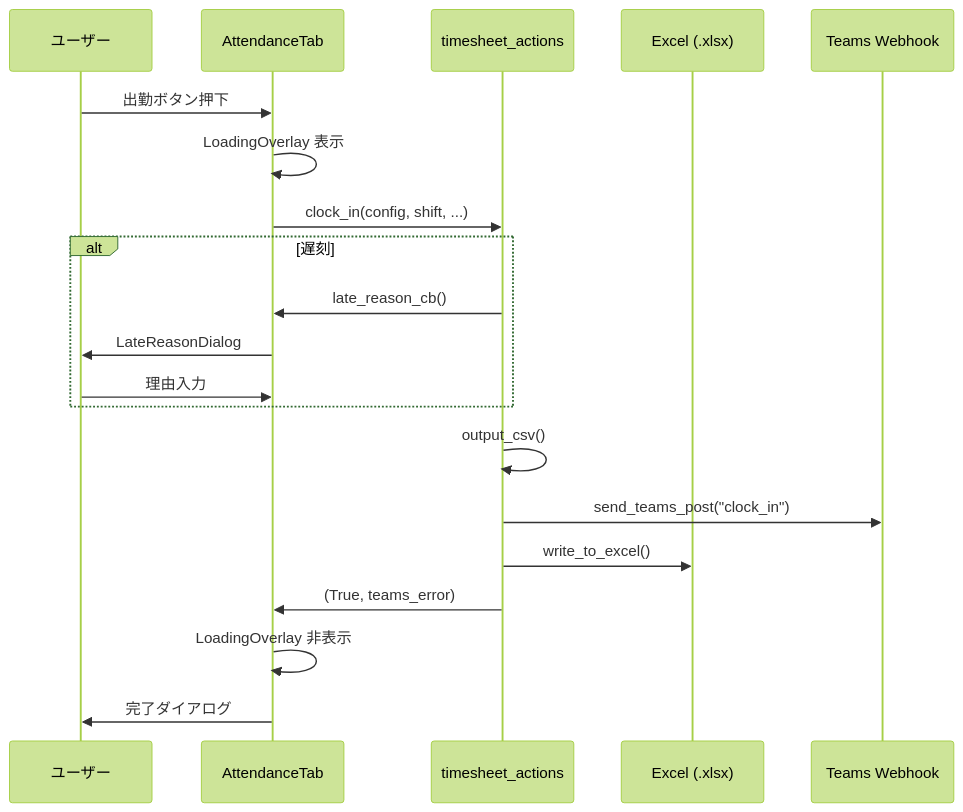
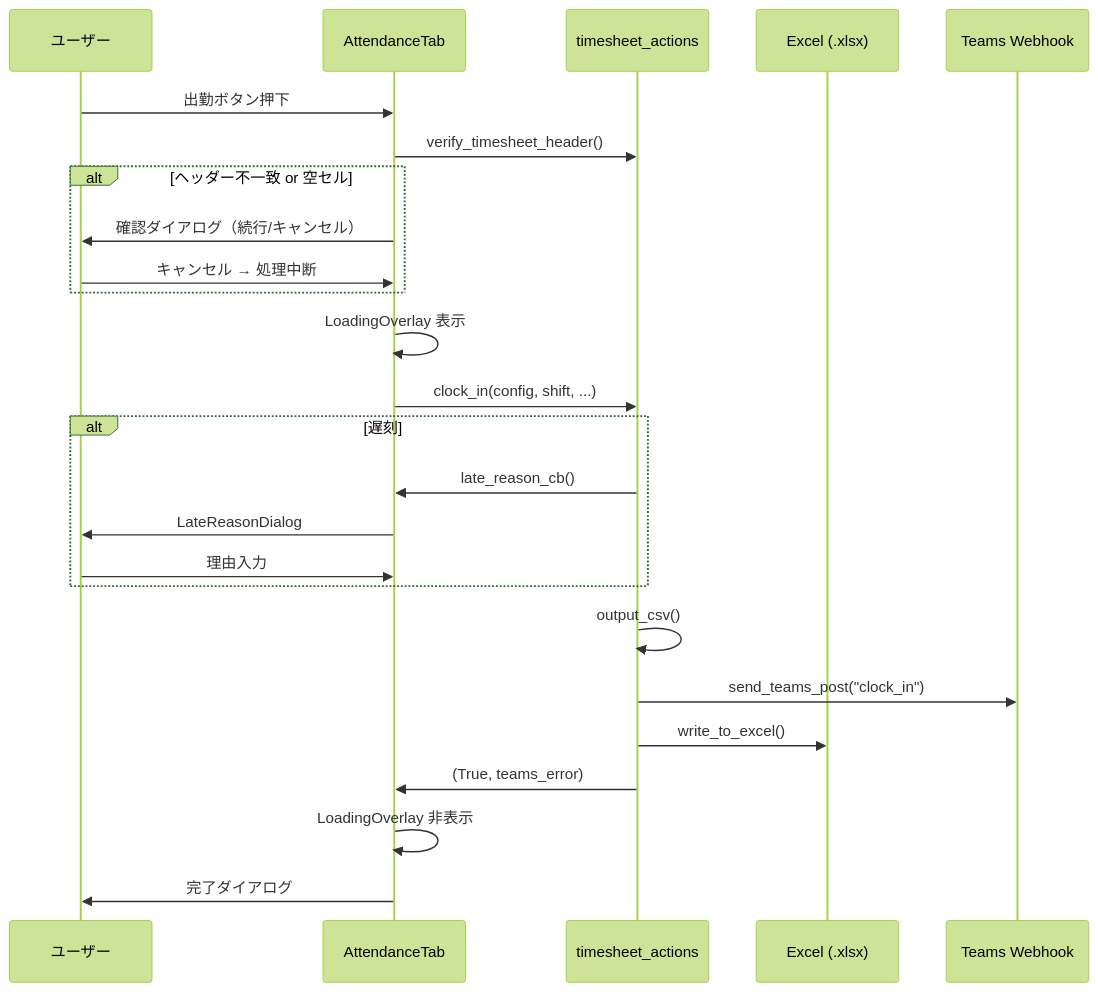
Before and after one commit to n-masashi/kintai-app: the first of 2 diagrams in python-ver/kintai-app-py/README.md, drawn with Mermaid (forest theme). The commit also changed other lines of this file and 3 other files, not shown here.

````diff
--- a/python-ver/kintai-app-py/README.md
+++ b/python-ver/kintai-app-py/README.md
@@ -474,23 +476,28 @@
 ```mermaid
 sequenceDiagram
     participant U as ユーザー
     participant AT as AttendanceTab
     participant TA as timesheet_actions
     participant XL as Excel (.xlsx)
     participant TW as Teams Webhook
 
     U->>AT: 出勤ボタン押下
+    AT->>TA: verify_timesheet_header()
+    alt ヘッダー不一致 or 空セル
+        AT->>U: 確認ダイアログ（続行/キャンセル）
+        U->>AT: キャンセル → 処理中断
+    end
     AT->>AT: LoadingOverlay 表示
     AT->>TA: clock_in(config, shift, ...)
     alt 遅刻
         TA->>AT: late_reason_cb()
         AT->>U: LateReasonDialog
         U->>AT: 理由入力
     end
     TA->>TA: output_csv()
     TA->>TW: send_teams_post("clock_in")
     TA->>XL: write_to_excel()
     TA->>AT: (True, teams_error)
     AT->>AT: LoadingOverlay 非表示
     AT->>U: 完了ダイアログ
 ```
````
